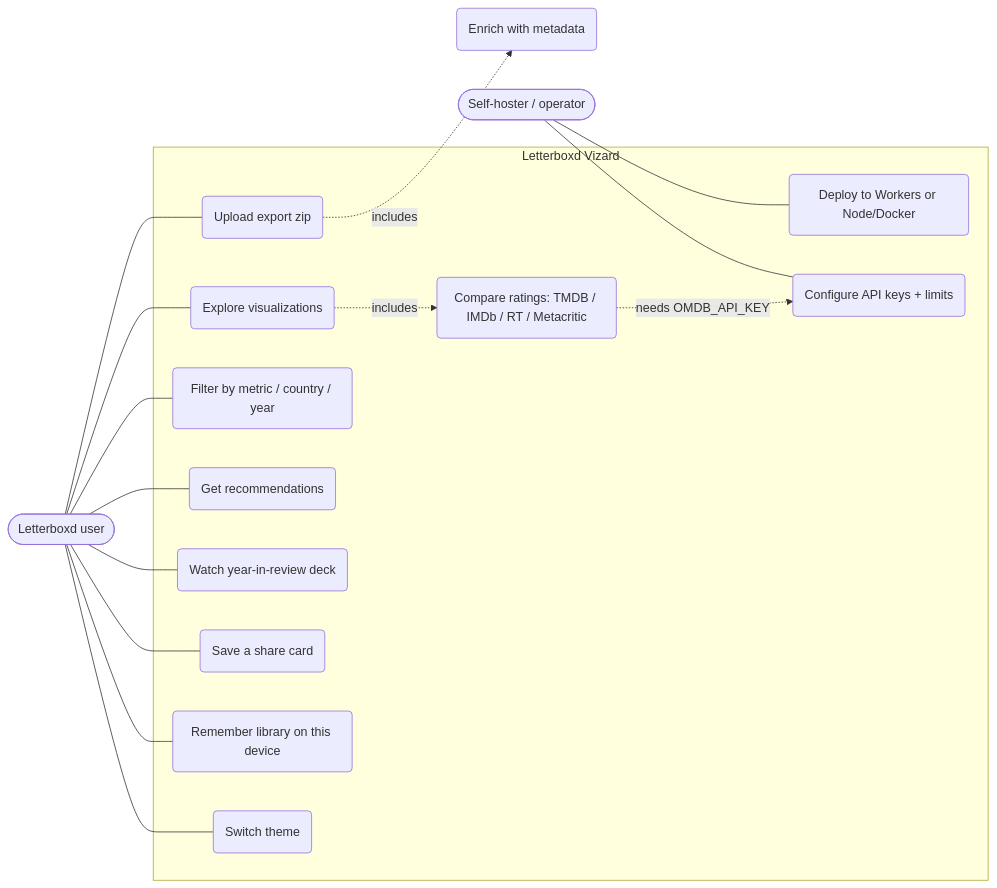
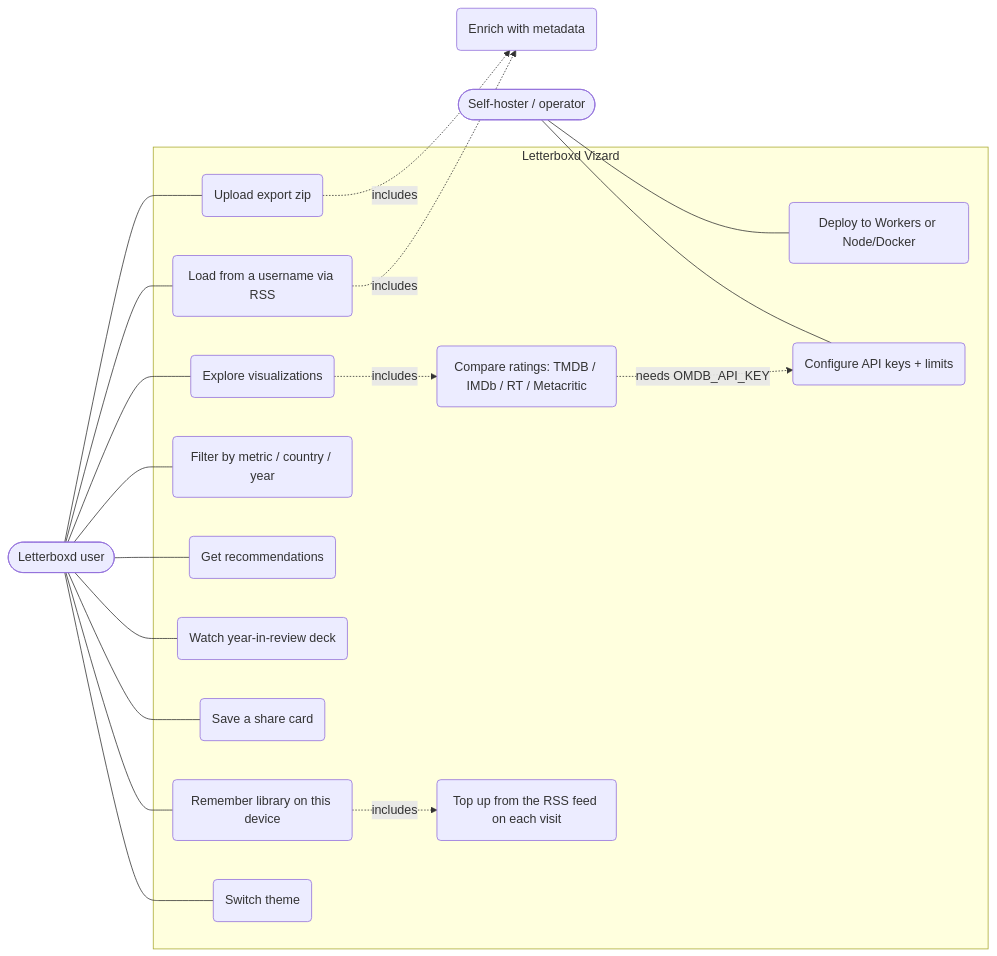
Before and after one commit to LaurinSorgend/letterboxd-vizard: the second of 26 diagrams in docs/ARCHITECTURE.md, drawn with Mermaid. The commit also changed other lines of this file, not shown here.

Commit message:
Document the username and RSS feed paths in the architecture doc

````diff
--- a/docs/ARCHITECTURE.md
+++ b/docs/ARCHITECTURE.md
@@ -54,25 +68,29 @@
 ```mermaid
 flowchart LR
     viewer([Letterboxd user])
     host([Self-hoster / operator])
 
     subgraph app[Letterboxd Vizard]
         uc1(Upload export zip)
+        uc12(Load from a username via RSS)
+        uc13(Top up from the RSS feed on each visit)
         uc2(Explore visualizations)
         uc3(Filter by metric / country / year)
         uc4(Get recommendations)
         uc5(Watch year-in-review deck)
         uc6(Save a share card)
         uc7(Remember library on this device)
         uc8(Compare ratings: TMDB / IMDb / RT / Metacritic)
         uc9(Switch theme)
         uc10(Deploy to Workers or Node/Docker)
         uc11(Configure API keys + limits)
     end
 
-    viewer --- uc1 & uc2 & uc3 & uc4 & uc5 & uc6 & uc7 & uc9
+    viewer --- uc1 & uc12 & uc2 & uc3 & uc4 & uc5 & uc6 & uc7 & uc9
     uc2 -.->|includes| uc8
     uc1 -.->|includes| enrichuc(Enrich with metadata)
+    uc12 -.->|includes| enrichuc
+    uc7 -.->|includes| uc13
     uc8 -.->|needs OMDB_API_KEY| uc11
     host --- uc10 & uc11
 ```
````
